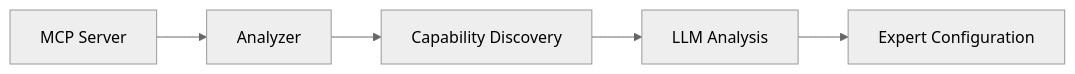
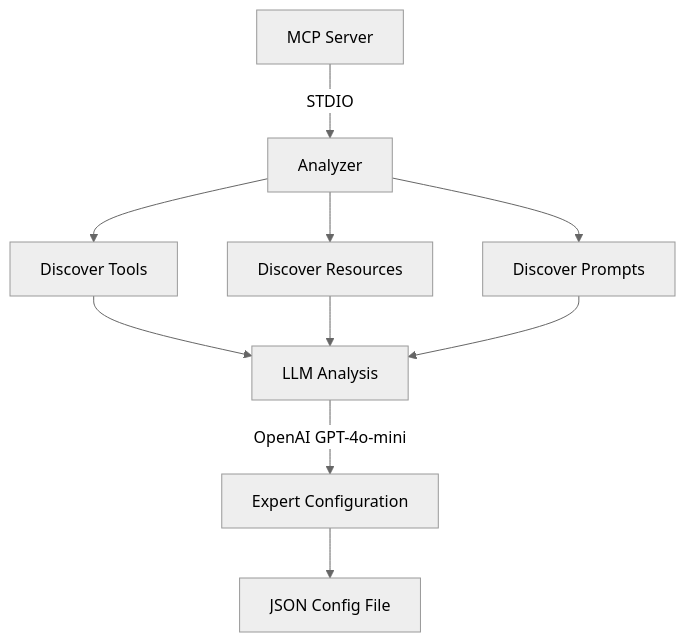
One commit to dennisonbertram/mcp-context-saver changed the first of 2 diagrams in README.md. Above: the diagram before and after it, drawn with Mermaid (neutral theme). The commit also changed other lines of this file and 2 other files, not shown here.

````diff
--- a/README.md
+++ b/README.md
@@ -60,7 +72,12 @@
 ```mermaid
-graph LR
-    A[MCP Server] --> B[Analyzer]
-    B --> C[Capability Discovery]
-    C --> D[LLM Analysis]
-    D --> E[Expert Configuration]
+flowchart TD
+    A[MCP Server] -->|STDIO| B[Analyzer]
+    B --> C[Discover Tools]
+    B --> D[Discover Resources]
+    B --> E[Discover Prompts]
+    C --> F[LLM Analysis]
+    D --> F
+    E --> F
+    F -->|OpenAI GPT-4o-mini| G[Expert Configuration]
+    G --> H[JSON Config File]
 ```
````
